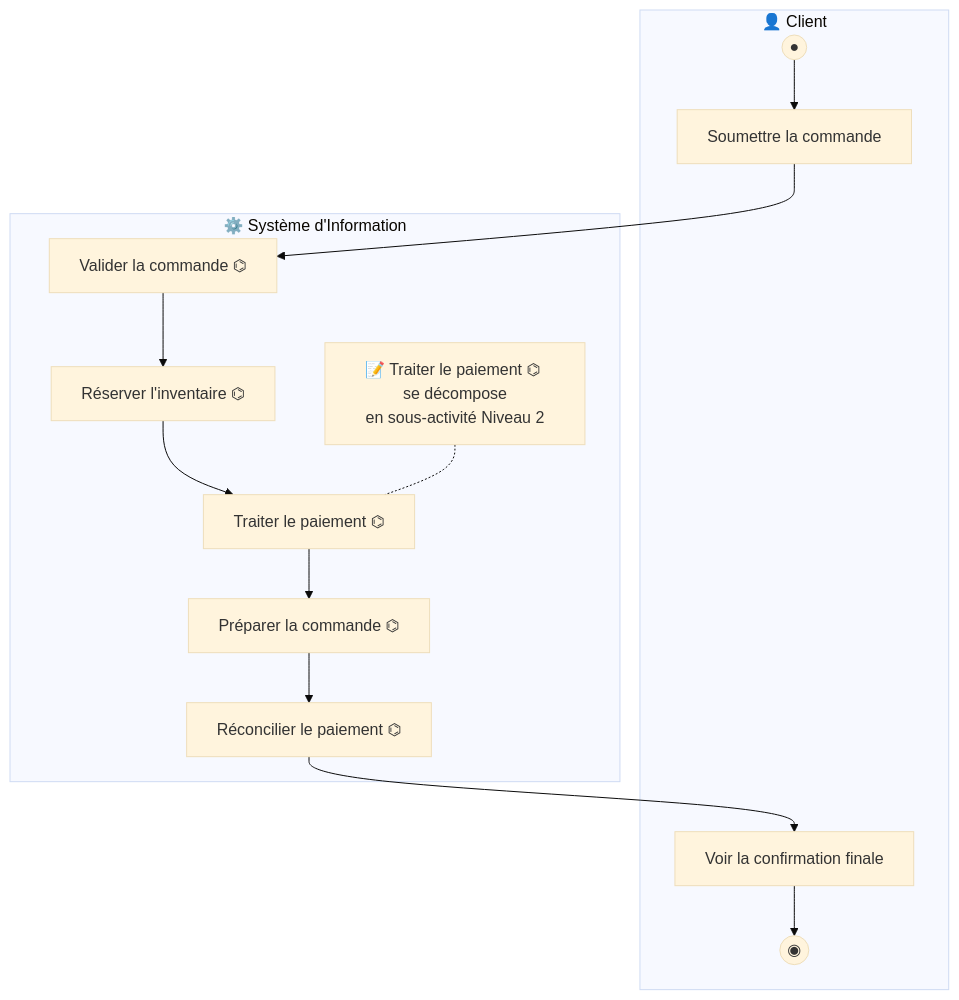
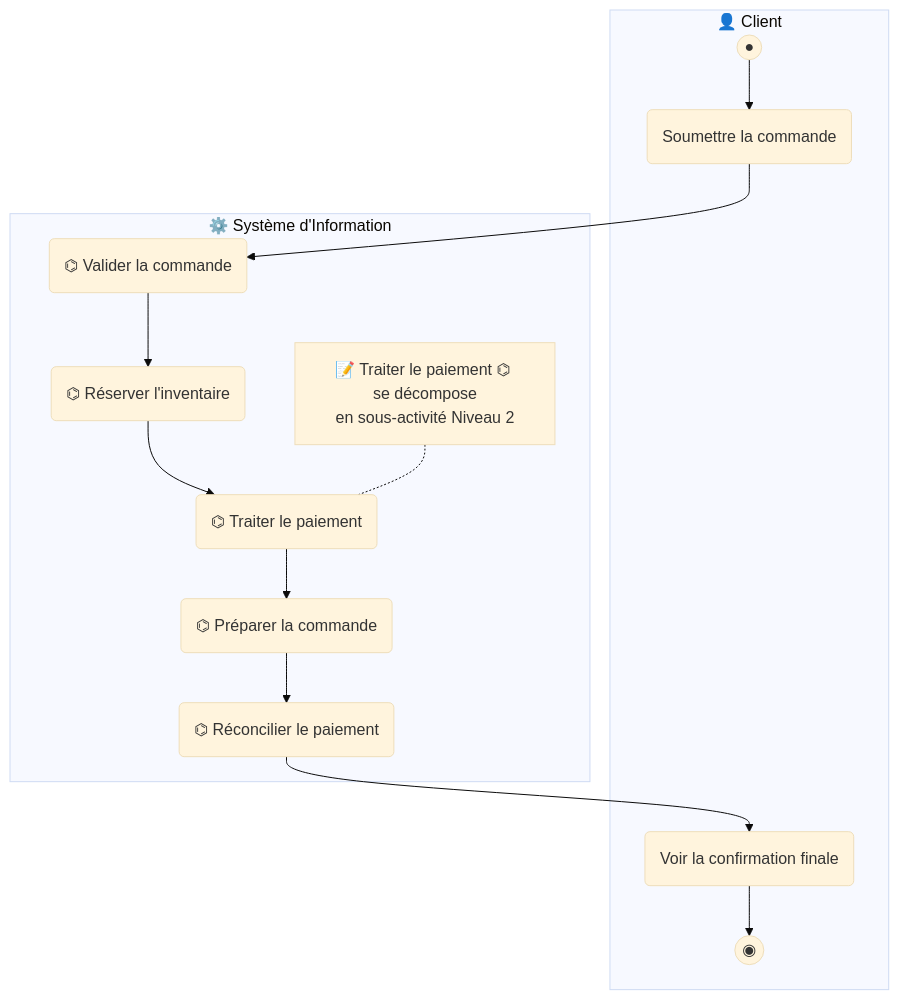
One commit to MATBMS/study-case-training changed the seventh of 11 diagrams in UML/solutions/UML Activity Solutions.md. Above: the diagram before and after it, drawn with Mermaid (base theme). The commit also changed other lines of this file and 12 other files, not shown here.

````diff
--- a/UML/solutions/UML Activity Solutions.md
+++ b/UML/solutions/UML Activity Solutions.md
@@ -162,16 +294,16 @@
 ```mermaid
 flowchart TB
     subgraph CLT ["👤 Client"]
-        I(("●")) --> A["Soumettre la commande"]
-        R["Voir la confirmation finale"] --> END(("◉"))
+        I(("●")) --> A("Soumettre la commande")
+        R("Voir la confirmation finale") --> END(("◉"))
     end
     subgraph SI ["⚙️ Système d'Information"]
-        P1["Valider la commande ⌬"] --> P2["Réserver l'inventaire ⌬"]
-        P2 --> P3["Traiter le paiement ⌬"]
-        P3 --> P4["Préparer la commande ⌬"]
-        P4 --> P5["Réconcilier le paiement ⌬"]
+        P1("⌬ Valider la commande") --> P2("⌬ Réserver l'inventaire")
+        P2 --> P3("⌬ Traiter le paiement")
+        P3 --> P4("⌬ Préparer la commande")
+        P4 --> P5("⌬ Réconcilier le paiement")
         NOTE["📝 Traiter le paiement ⌬ se décompose<br/>en sous-activité Niveau 2"] -.- P3
     end
     A --> P1
     P5 --> R
 ```
````
